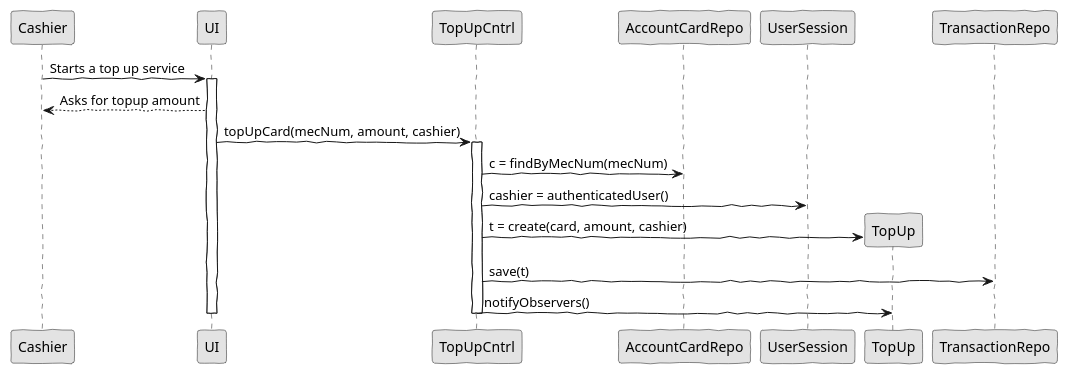
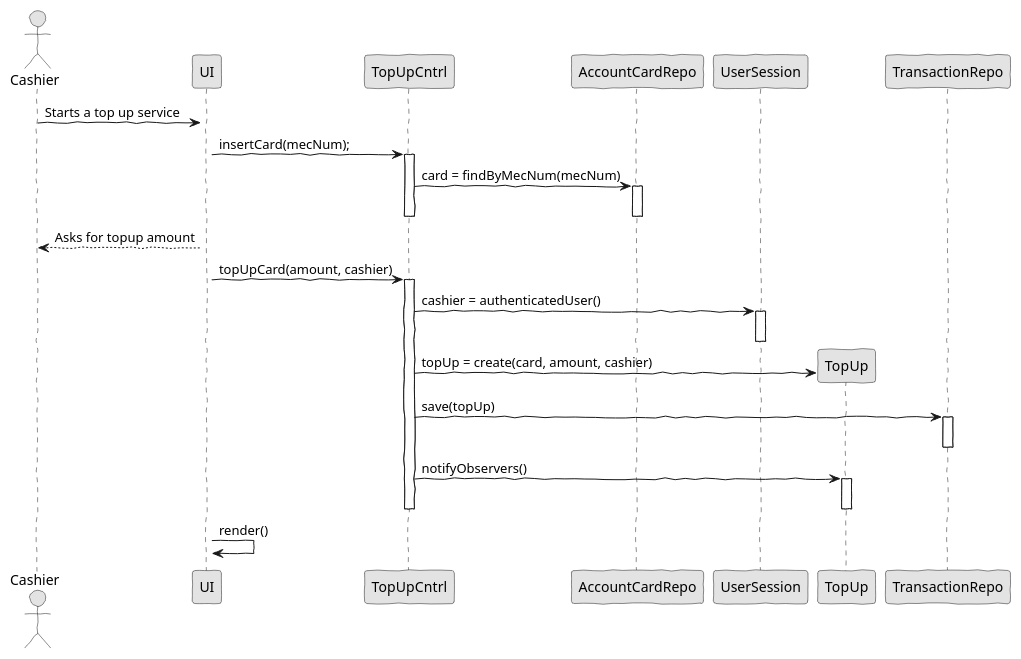
The diagram in documentation/CashierOperations/UC-CO-03-TopUpCard/TopUpAccountCardSD.puml (Ren1140822/EAPLI), drawn with PlantUML before and after one commit. The commit also changed 9 other files, not shown here.

```diff
--- a/documentation/CashierOperations/UC-CO-03-TopUpCard/TopUpAccountCardSD.puml
+++ b/documentation/CashierOperations/UC-CO-03-TopUpCard/TopUpAccountCardSD.puml
@@ -1,24 +1,45 @@
 @startuml
 
 'http://plantuml.com/skinparam.html
 skinparam handwritten true
 skinparam monochrome true
 skinparam packageStyle rect
 skinparam defaultFontName FG Virgil
 skinparam shadowing false
 
+actor Cashier
+
 Cashier -> UI: Starts a top up service
 Activate UI
+
+UI->TopUpCntrl: insertCard(mecNum);
+Activate TopUpCntrl
+TopUpCntrl -> AccountCardRepo: card = findByMecNum(mecNum)
+Activate AccountCardRepo
+Deactivate AccountCardRepo
+Deactivate TopUpCntrl
+
 Cashier <-- UI: Asks for topup amount
-UI->TopUpCntrl: topUpCard(mecNum, amount, cashier)
+
+UI->TopUpCntrl: topUpCard(amount, cashier)
 Activate TopUpCntrl
-TopUpCntrl -> AccountCardRepo: c = findByMecNum(mecNum)
 TopUpCntrl -> UserSession : cashier = authenticatedUser()
+Activate UserSession
+Deactivate UserSession
+
 create TopUp
-TopUpCntrl -> TopUp: t = create(card, amount, cashier)
-TopUpCntrl -> TransactionRepo: save(t)
+TopUpCntrl -> TopUp: topUp = create(card, amount, cashier)
+
+TopUpCntrl -> TransactionRepo: save(topUp)
+Activate TransactionRepo
+Deactivate TransactionRepo
+
 TopUpCntrl -> TopUp: notifyObservers()
+Activate TopUp
+Deactivate TopUp
+
 Deactivate TopUpCntrl
-Deactivate UI
+
+UI->UI: render()
 
 @enduml
```
